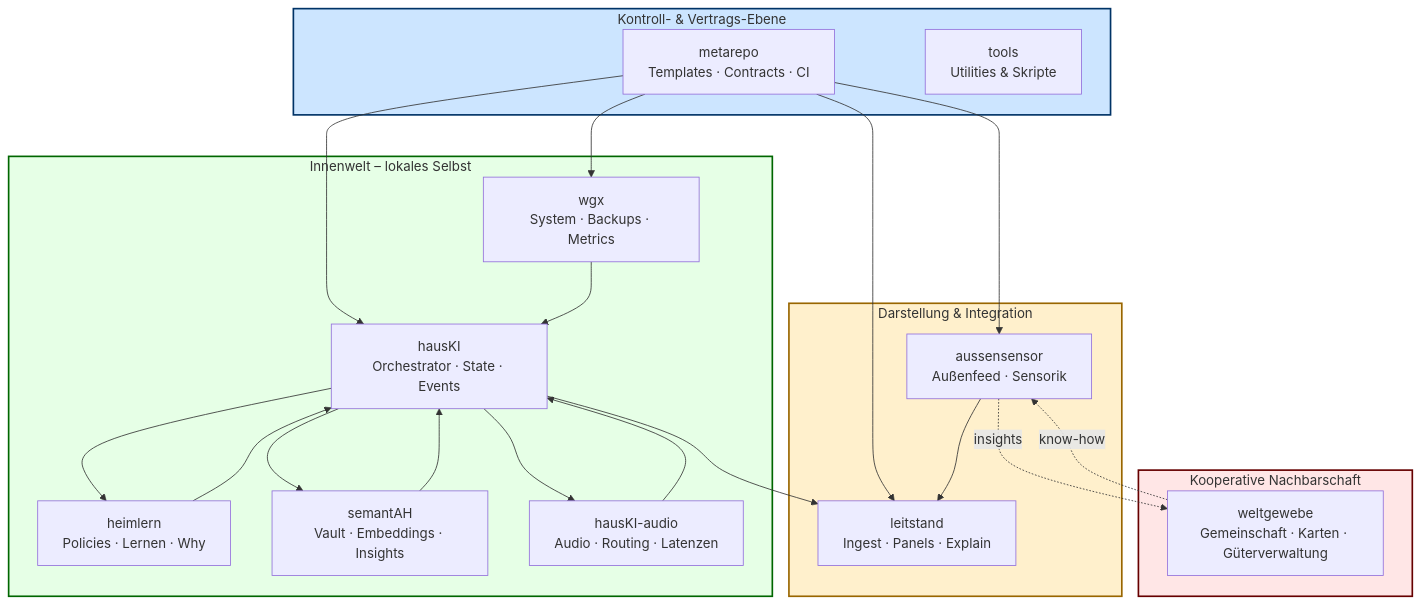
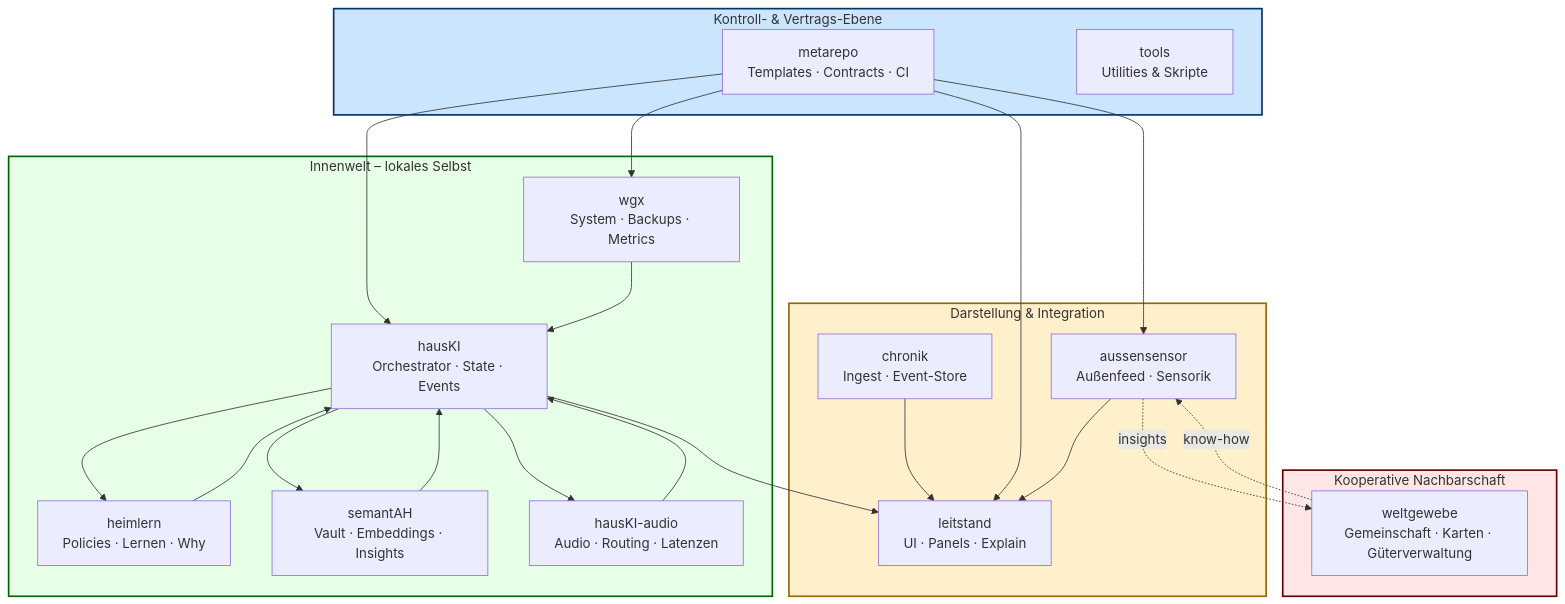
One commit to heimgewebe/vault-gewebe changed the diagram in coding/repos/metarepo/docs/heimgewebe-architektur.mmd. Above: the diagram before and after it, drawn with Mermaid. The commit also changed 63 other files, not shown here.

````diff
--- a/coding/repos/metarepo/docs/heimgewebe-architektur.mmd
+++ b/coding/repos/metarepo/docs/heimgewebe-architektur.mmd
@@ -1,47 +1,49 @@
 ```mermaid
 graph TD
     subgraph META["Kontroll- & Vertrags-Ebene"]
         M[metarepo<br/>Templates · Contracts · CI]
         T[tools<br/>Utilities & Skripte]
     end
 
     subgraph INNEN["Innenwelt – lokales Selbst"]
         WGX[wgx<br/>System · Backups · Metrics]
         HKI[hausKI<br/>Orchestrator · State · Events]
         HLA[heimlern<br/>Policies · Lernen · Why]
         SEM[semantAH<br/>Vault · Embeddings · Insights]
         AUD[hausKI-audio<br/>Audio · Routing · Latenzen]
     end
 
     subgraph VIS["Darstellung & Integration"]
-        LST[leitstand<br/>Ingest · Panels · Explain]
+        CHRONIK[chronik<br/>Ingest · Event-Store]
+        LST[leitstand<br/>UI · Panels · Explain]
+        CHRONIK --> LST
         AUS[aussensensor<br/>Außenfeed · Sensorik]
     end
 
     subgraph AUSSEN["Kooperative Nachbarschaft"]
         WELT[weltgewebe<br/>Gemeinschaft · Karten · Güterverwaltung]
     end
 
     M --> WGX
     M --> HKI
     M --> LST
     M --> AUS
 
     WGX --> HKI
     HKI --> HLA
     HKI --> LST
     HKI --> SEM
     HKI --> AUD
     HLA --> HKI
     SEM --> HKI
     AUD --> HKI
 
     AUS --> LST
     WELT -. know-how .-> AUS
     AUS -. insights .-> WELT
 
     style META fill:#cce5ff,stroke:#003366,stroke-width:2px
     style INNEN fill:#e6ffe6,stroke:#006600,stroke-width:2px
     style VIS fill:#fff0cc,stroke:#996600,stroke-width:2px
     style AUSSEN fill:#ffe6e6,stroke:#660000,stroke-width:2px
 ```
````
